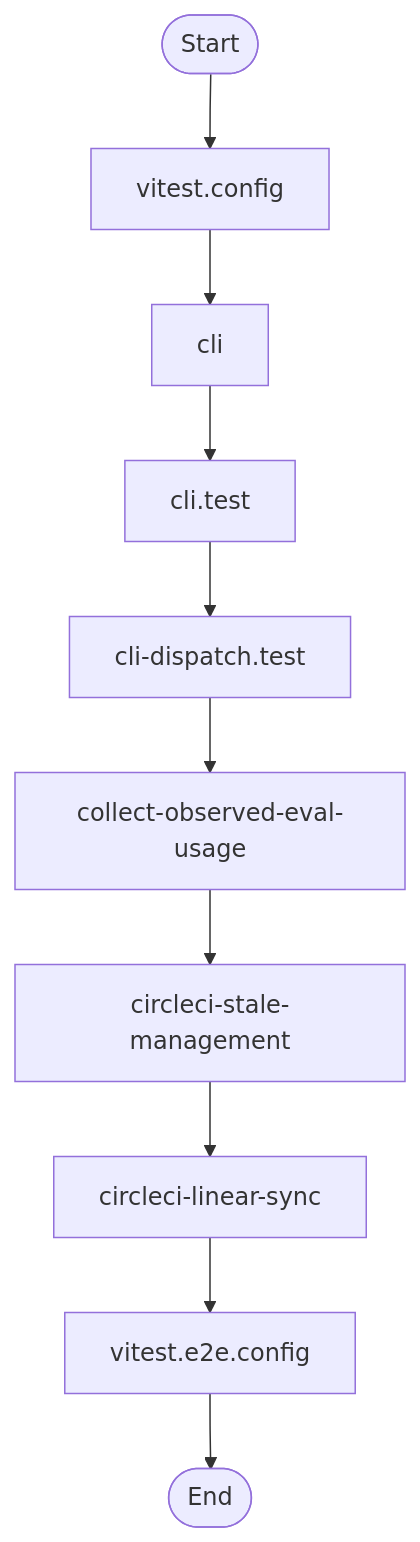
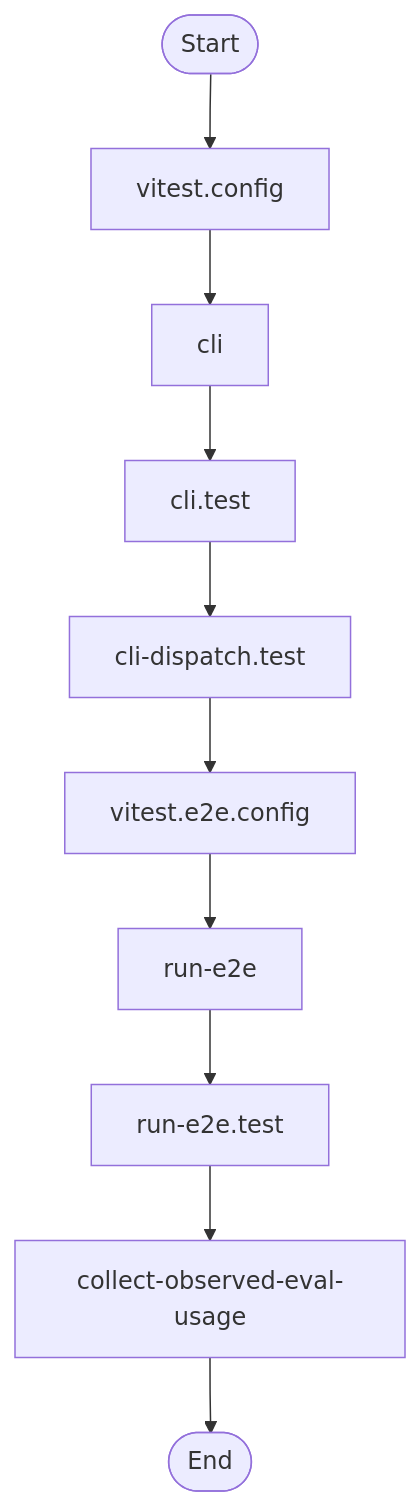
One commit to jscraik/coding-harness changed the tenth of 14 diagrams in AI/context/diagram-context.md. Above: the diagram before and after it, drawn with Mermaid. The commit also changed other lines of this file and 27 other files, not shown here.

````diff
--- a/AI/context/diagram-context.md
+++ b/AI/context/diagram-context.md
@@ -1674,23 +1706,23 @@
 ```mermaid
 flowchart TD
   Start(["Start"])
   vitest_config_a9f1245e["vitest.config"]
   Start --> vitest_config_a9f1245e
   cli_99bb8840["cli"]
   vitest_config_a9f1245e --> cli_99bb8840
   cli_test_4851f28b["cli.test"]
   cli_99bb8840 --> cli_test_4851f28b
   cli_dispatch_test_54c9f17b["cli-dispatch.test"]
   cli_test_4851f28b --> cli_dispatch_test_54c9f17b
+  vitest_e2e_config_4e2a61bc["vitest.e2e.config"]
+  cli_dispatch_test_54c9f17b --> vitest_e2e_config_4e2a61bc
+  run_e2e_39efe696["run-e2e"]
+  vitest_e2e_config_4e2a61bc --> run_e2e_39efe696
+  run_e2e_test_99011120["run-e2e.test"]
+  run_e2e_39efe696 --> run_e2e_test_99011120
   collect_observed_eval_usage_1724425c["collect-observed-eval-usage"]
-  cli_dispatch_test_54c9f17b --> collect_observed_eval_usage_1724425c
-  circleci_stale_management_664de1d9["circleci-stale-management"]
-  collect_observed_eval_usage_1724425c --> circleci_stale_management_664de1d9
-  circleci_linear_sync_19c0d6da["circleci-linear-sync"]
-  circleci_stale_management_664de1d9 --> circleci_linear_sync_19c0d6da
-  vitest_e2e_config_4e2a61bc["vitest.e2e.config"]
-  circleci_linear_sync_19c0d6da --> vitest_e2e_config_4e2a61bc
+  run_e2e_test_99011120 --> collect_observed_eval_usage_1724425c
   End(["End"])
-  vitest_e2e_config_4e2a61bc --> End
+  collect_observed_eval_usage_1724425c --> End
 
 ```
````
